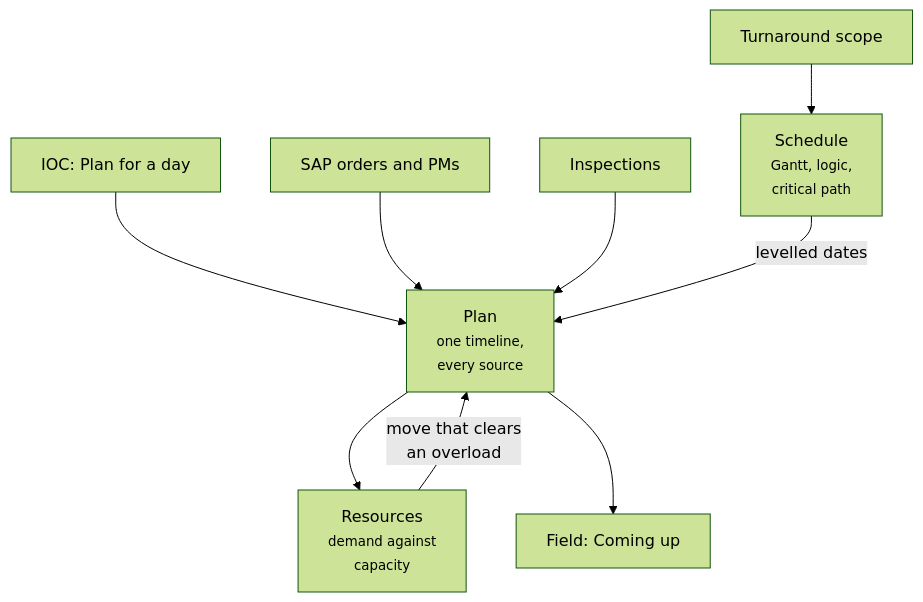
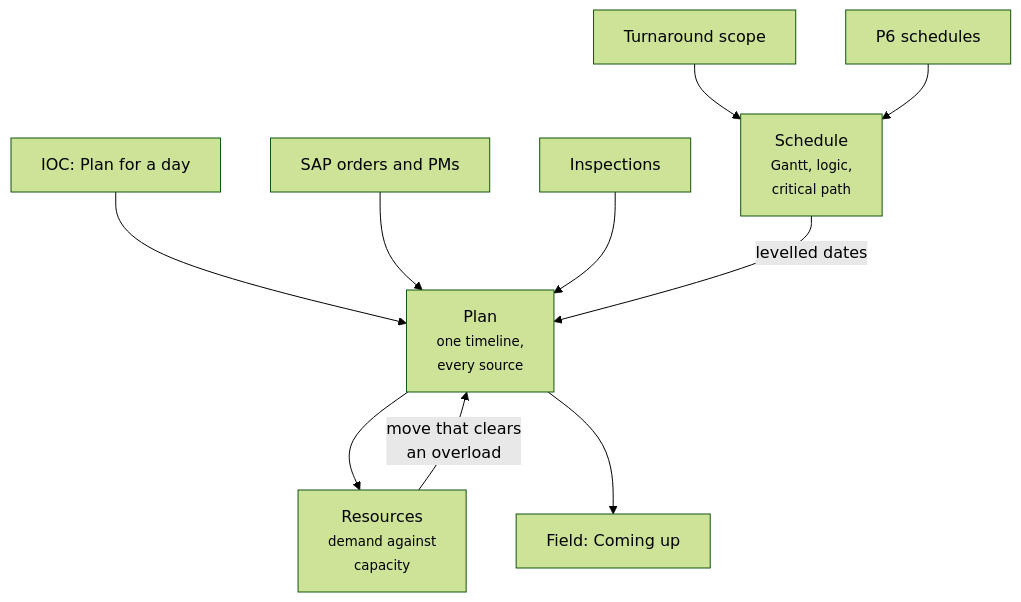
The diagram in docs/guides/planner.md (areed145/fuzer), drawn with Mermaid (forest theme) before and after one commit. The commit also changed other lines of this file and 60 other files, not shown here.

````diff
--- a/docs/guides/planner.md
+++ b/docs/guides/planner.md
@@ -8,11 +8,12 @@
 ```mermaid
 flowchart TB
   ioc["IOC: Plan for a day"] --> plan["Plan<br><small>one timeline,<br>every source</small>"]
   sap["SAP orders and PMs"] --> plan
   insp["Inspections"] --> plan
   tar["Turnaround scope"] --> sch["Schedule<br><small>Gantt, logic,<br>critical path</small>"]
+  p6["P6 schedules"] --> sch
   sch -->|levelled dates| plan
   plan --> res["Resources<br><small>demand against<br>capacity</small>"]
   res -->|move that clears<br>an overload| plan
   plan --> fld["Field: Coming up"]
 ```
````
